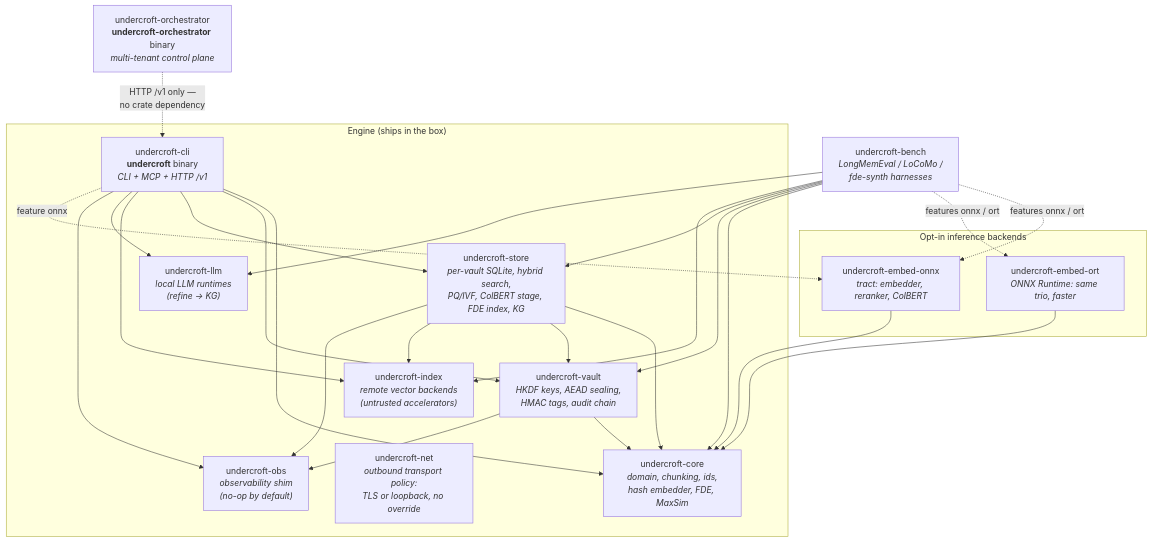
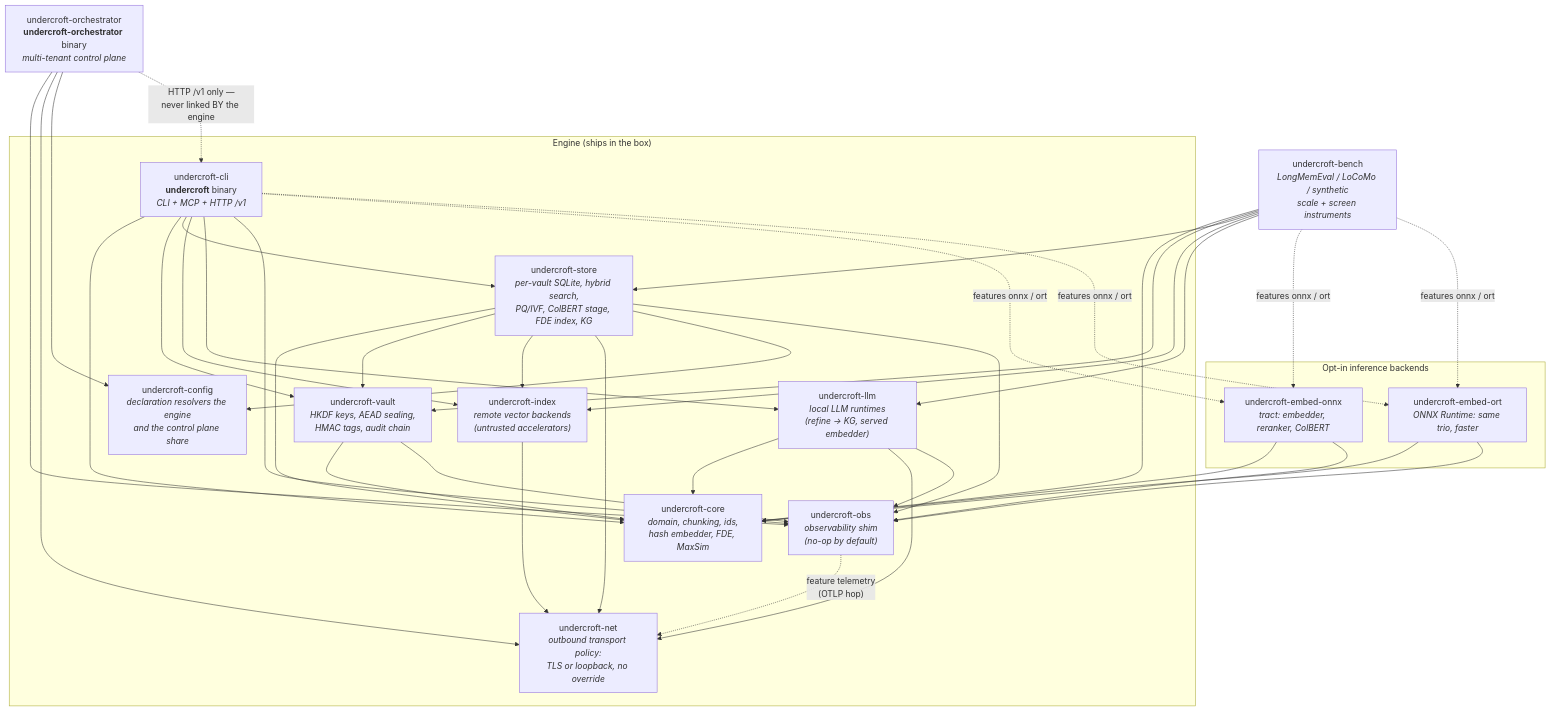
The first of 4 diagrams in docs/architecture.md (sealcroft/undercroft), drawn with Mermaid before and after one commit. The commit also changed other lines of this file and 78 other files, not shown here.

First line of the commit message:
the three diagram sets described a different engine — audited against the code, corrected, and ten views added

````diff
--- a/docs/architecture.md
+++ b/docs/architecture.md
@@ -23,43 +23,57 @@
 ```mermaid
 flowchart TB
     subgraph engine["Engine (ships in the box)"]
         core["undercroft-core<br/><i>domain, chunking, ids,<br/>hash embedder, FDE, MaxSim</i>"]
         vault["undercroft-vault<br/><i>HKDF keys, AEAD sealing,<br/>HMAC tags, audit chain</i>"]
         store["undercroft-store<br/><i>per-vault SQLite, hybrid search,<br/>PQ/IVF, ColBERT stage, FDE index, KG</i>"]
         index["undercroft-index<br/><i>remote vector backends<br/>(untrusted accelerators)</i>"]
-        llm["undercroft-llm<br/><i>local LLM runtimes<br/>(refine → KG)</i>"]
+        llm["undercroft-llm<br/><i>local LLM runtimes<br/>(refine → KG, served embedder)</i>"]
         net["undercroft-net<br/><i>outbound transport policy:<br/>TLS or loopback, no override</i>"]
+        config["undercroft-config<br/><i>declaration resolvers the engine<br/>and the control plane share</i>"]
         obs["undercroft-obs<br/><i>observability shim<br/>(no-op by default)</i>"]
         cli["undercroft-cli<br/><b>undercroft</b> binary<br/><i>CLI + MCP + HTTP /v1</i>"]
     end
     subgraph optional["Opt-in inference backends"]
         onnx["undercroft-embed-onnx<br/><i>tract: embedder, reranker, ColBERT</i>"]
         ort["undercroft-embed-ort<br/><i>ONNX Runtime: same trio, faster</i>"]
     end
-    bench["undercroft-bench<br/><i>LongMemEval / LoCoMo /<br/>fde-synth harnesses</i>"]
+    bench["undercroft-bench<br/><i>LongMemEval / LoCoMo / synthetic<br/>scale + screen instruments</i>"]
     orch["undercroft-orchestrator<br/><b>undercroft-orchestrator</b> binary<br/><i>multi-tenant control plane</i>"]
 
     vault --> core
     vault --> obs
     store --> core
     store --> vault
     store --> index
+    store --> net
+    store --> config
     store --> obs
+    index --> net
+    llm --> core
+    llm --> net
+    llm --> obs
+    obs -. "feature telemetry<br/>(OTLP hop)" .-> net
     cli --> core
     cli --> vault
     cli --> store
     cli --> index
     cli --> llm
     cli --> obs
-    cli -. "feature onnx" .-> onnx
+    cli -. "features onnx / ort" .-> onnx
+    cli -. "features onnx / ort" .-> ort
     onnx --> core
+    onnx --> obs
     ort --> core
+    ort --> obs
     bench --> core
     bench --> vault
     bench --> store
     bench --> index
     bench --> llm
     bench -. "features onnx / ort" .-> onnx
     bench -. "features onnx / ort" .-> ort
-    orch -. "HTTP /v1 only —<br/>no crate dependency" .-> cli
+    orch --> obs
+    orch --> net
+    orch --> config
+    orch -. "HTTP /v1 only —<br/>never linked BY the engine" .-> cli
 ```
````
